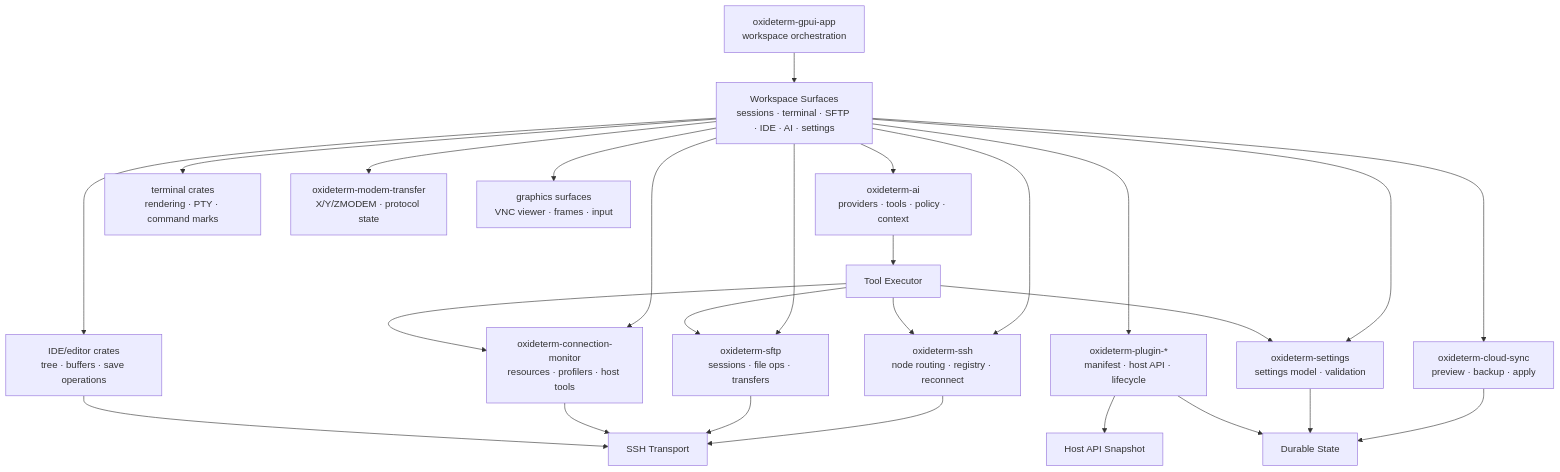
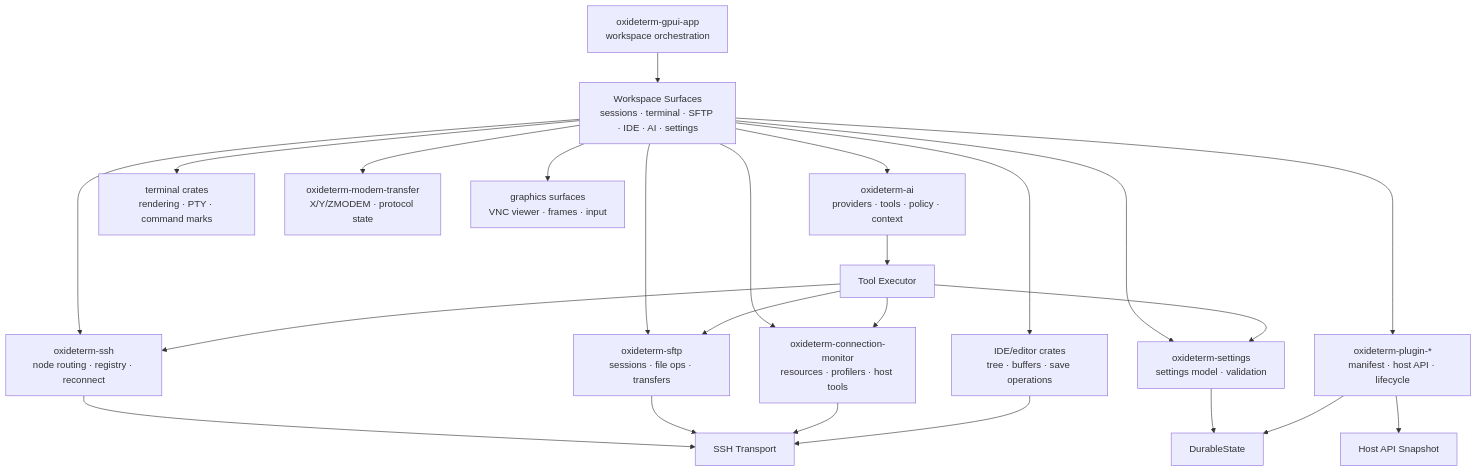
One commit to imeilige/oxideterm changed the sixth of 14 diagrams in docs/user-guide/en/architecture.md. Above: the diagram before and after it, drawn with Mermaid. The commit also changed other lines of this file and 171 other files, not shown here.

Commit message:
v2.2.8: Remove cloud sync and relocate the oxide plugin settings store

````diff
--- a/docs/user-guide/en/architecture.md
+++ b/docs/user-guide/en/architecture.md
@@ -1098,30 +1043,28 @@
 ```mermaid
 flowchart TB
     Workspace["oxideterm-gpui-app<br/>workspace orchestration"] --> AppSurfaces["Workspace Surfaces<br/>sessions · terminal · SFTP · IDE · AI · settings"]
 
     AppSurfaces --> SshDomain["oxideterm-ssh<br/>node routing · registry · reconnect"]
     AppSurfaces --> SftpDomain["oxideterm-sftp<br/>sessions · file ops · transfers"]
     AppSurfaces --> MonitorDomain["oxideterm-connection-monitor<br/>resources · profilers · host tools"]
     AppSurfaces --> AiDomain["oxideterm-ai<br/>providers · tools · policy · context"]
     AppSurfaces --> SettingsDomain["oxideterm-settings<br/>settings model · validation"]
     AppSurfaces --> PluginDomain["oxideterm-plugin-*<br/>manifest · host API · lifecycle"]
-    AppSurfaces --> SyncDomain["oxideterm-cloud-sync<br/>preview · backup · apply"]
     AppSurfaces --> TerminalDomain["terminal crates<br/>rendering · PTY · command marks"]
     AppSurfaces --> ModemDomain["oxideterm-modem-transfer<br/>X/Y/ZMODEM · protocol state"]
     AppSurfaces --> GraphicsDomain["graphics surfaces<br/>VNC viewer · frames · input"]
     AppSurfaces --> IdeDomain["IDE/editor crates<br/>tree · buffers · save operations"]
 
     SshDomain --> SshTransport["SSH Transport"]
     SftpDomain --> SshTransport
     MonitorDomain --> SshTransport
     IdeDomain --> SshTransport
     PluginDomain --> HostApi["Host API Snapshot"]
     AiDomain --> ToolExecutor["Tool Executor"]
     ToolExecutor --> SshDomain
     ToolExecutor --> SftpDomain
     ToolExecutor --> MonitorDomain
     ToolExecutor --> SettingsDomain
-    SyncDomain --> DurableState["Durable State"]
     SettingsDomain --> DurableState
     PluginDomain --> DurableState
 ```
````
